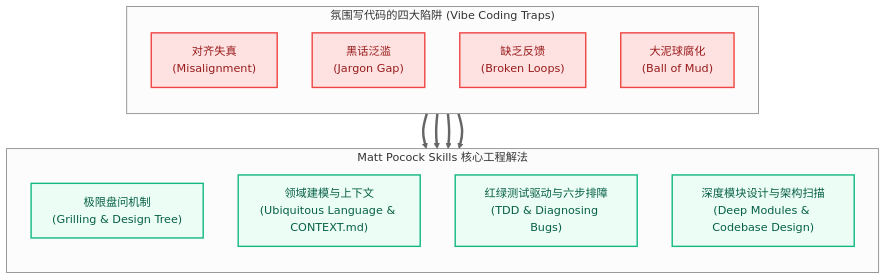
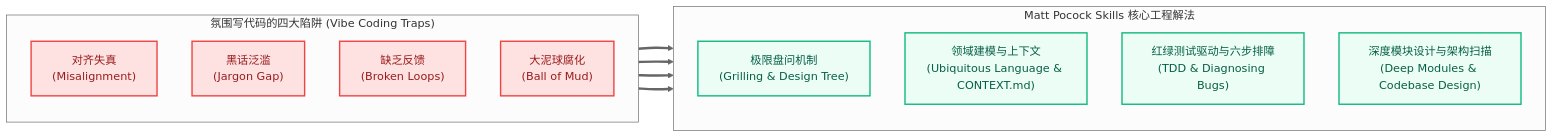
The first of 4 diagrams in skills/mattpocock/index.md (atengk/Ateng-AI), drawn with Mermaid (neutral theme) before and after one commit. The commit also changed 14 other files, not shown here.

````diff
--- a/skills/mattpocock/index.md
+++ b/skills/mattpocock/index.md
@@ -43,28 +43,28 @@
 ```mermaid
-flowchart TD
+flowchart LR
     subgraph Trap["氛围写代码的四大陷阱 (Vibe Coding Traps)"]
         direction TB
         T1["对齐失真<br>(Misalignment)"]
         T2["黑话泛滥<br>(Jargon Gap)"]
         T3["缺乏反馈<br>(Broken Loops)"]
         T4["大泥球腐化<br>(Ball of Mud)"]
     end
 
     subgraph Solution["Matt Pocock Skills 核心工程解法"]
         direction TB
         S1["极限盘问机制<br>(Grilling & Design Tree)"]
         S2["领域建模与上下文<br>(Ubiquitous Language & CONTEXT.md)"]
         S3["红绿测试驱动与六步排障<br>(TDD & Diagnosing Bugs)"]
         S4["深度模块设计与架构扫描<br>(Deep Modules & Codebase Design)"]
     end
 
     T1 ==> S1
     T2 ==> S2
     T3 ==> S3
     T4 ==> S4
 
     classDef trapStyle fill:#fee2e2,stroke:#ef4444,stroke-width:2px,color:#991b1b;
     classDef solStyle fill:#ecfdf5,stroke:#10b981,stroke-width:2px,color:#065f46;
     class T1,T2,T3,T4 trapStyle;
     class S1,S2,S3,S4 solStyle;
 ```
````
